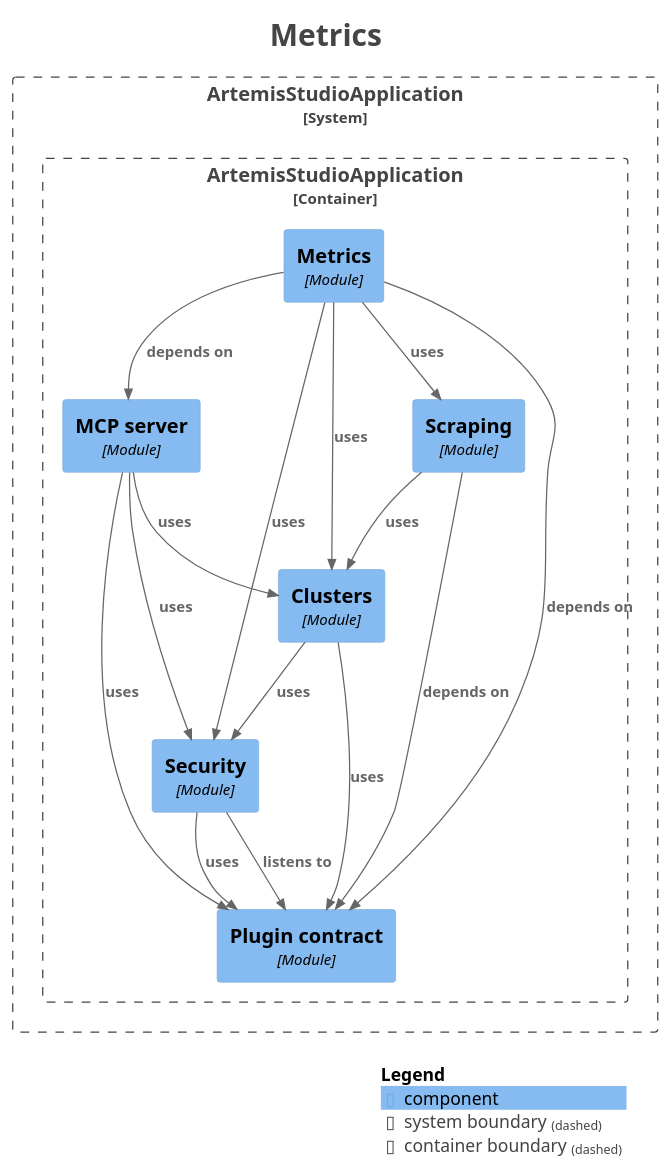
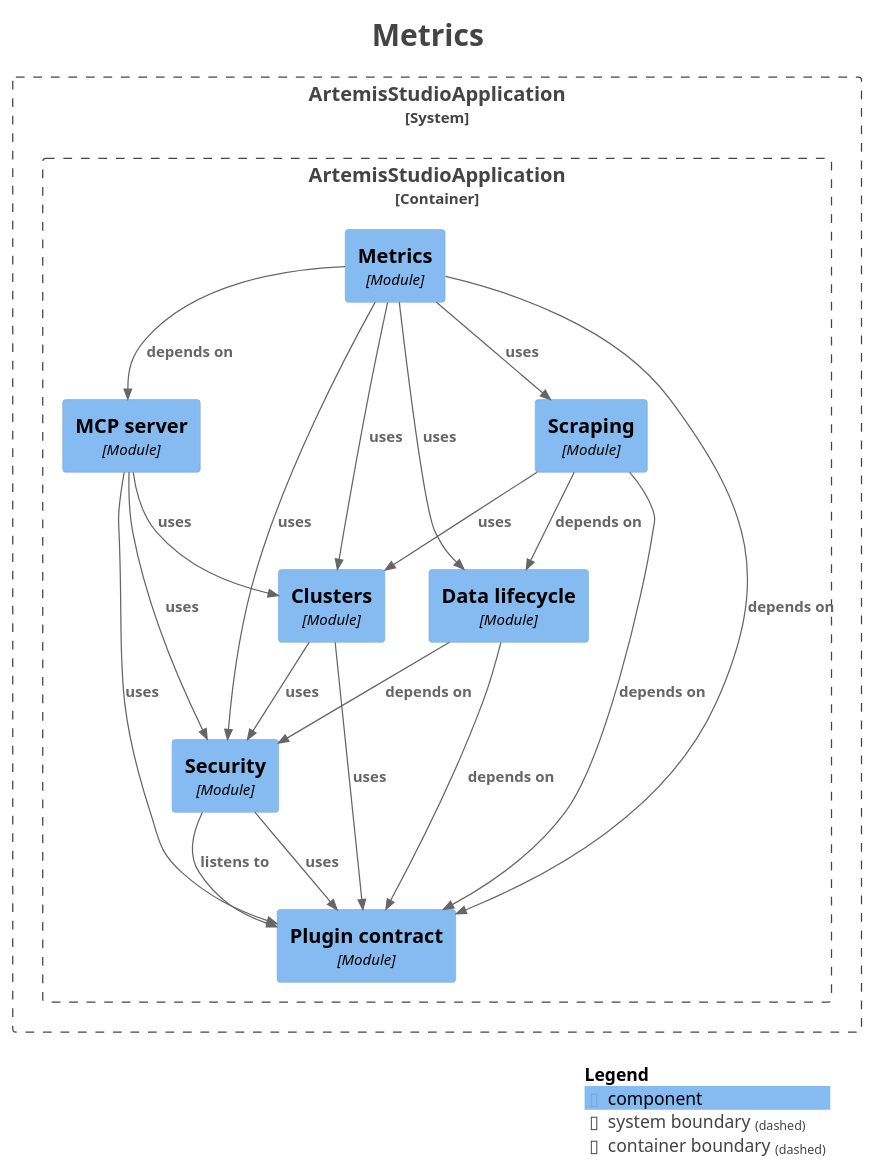
Before and after one commit to sudoitir/artemis-studio: the diagram in docs/modules/module-feature.metrics.puml, drawn with PlantUML. The commit also changed 96 other files, not shown here.

```diff
--- a/docs/modules/module-feature.metrics.puml
+++ b/docs/modules/module-feature.metrics.puml
@@ -1,47 +1,52 @@
 @startuml
 title <size:24>Metrics</size>
 
 set separator none
 top to bottom direction
 
 <style>
   root {
     BackgroundColor: #ffffff
     FontColor: #444444
   }
 </style>
 
 !include <C4/C4>
 !include <C4/C4_Context>
 !include <C4/C4_Component>
 
 System_Boundary("ArtemisStudioApplication_boundary", "ArtemisStudioApplication", $tags="") {
   Container_Boundary("ArtemisStudioApplication.ArtemisStudioApplication_boundary", "ArtemisStudioApplication", $tags="") {
+    Component(ArtemisStudioApplication.ArtemisStudioApplication.Datalifecycle, "Data lifecycle", $techn="Module", $descr="", $tags="", $link="")
     Component(ArtemisStudioApplication.ArtemisStudioApplication.Clusters, "Clusters", $techn="Module", $descr="", $tags="", $link="")
     Component(ArtemisStudioApplication.ArtemisStudioApplication.MCPserver, "MCP server", $techn="Module", $descr="", $tags="", $link="")
     Component(ArtemisStudioApplication.ArtemisStudioApplication.Scraping, "Scraping", $techn="Module", $descr="", $tags="", $link="")
     Component(ArtemisStudioApplication.ArtemisStudioApplication.Metrics, "Metrics", $techn="Module", $descr="", $tags="", $link="")
     Component(ArtemisStudioApplication.ArtemisStudioApplication.Plugincontract, "Plugin contract", $techn="Module", $descr="", $tags="", $link="")
     Component(ArtemisStudioApplication.ArtemisStudioApplication.Security, "Security", $techn="Module", $descr="", $tags="", $link="")
   }
 
 }
 
 Rel(ArtemisStudioApplication.ArtemisStudioApplication.Clusters, ArtemisStudioApplication.ArtemisStudioApplication.Plugincontract, "uses", $techn="", $tags="", $link="")
 Rel(ArtemisStudioApplication.ArtemisStudioApplication.Clusters, ArtemisStudioApplication.ArtemisStudioApplication.Security, "uses", $techn="", $tags="", $link="")
+Rel(ArtemisStudioApplication.ArtemisStudioApplication.Datalifecycle, ArtemisStudioApplication.ArtemisStudioApplication.Plugincontract, "depends on", $techn="", $tags="", $link="")
+Rel(ArtemisStudioApplication.ArtemisStudioApplication.Datalifecycle, ArtemisStudioApplication.ArtemisStudioApplication.Security, "depends on", $techn="", $tags="", $link="")
 Rel(ArtemisStudioApplication.ArtemisStudioApplication.MCPserver, ArtemisStudioApplication.ArtemisStudioApplication.Clusters, "uses", $techn="", $tags="", $link="")
 Rel(ArtemisStudioApplication.ArtemisStudioApplication.MCPserver, ArtemisStudioApplication.ArtemisStudioApplication.Plugincontract, "uses", $techn="", $tags="", $link="")
 Rel(ArtemisStudioApplication.ArtemisStudioApplication.MCPserver, ArtemisStudioApplication.ArtemisStudioApplication.Security, "uses", $techn="", $tags="", $link="")
 Rel(ArtemisStudioApplication.ArtemisStudioApplication.Metrics, ArtemisStudioApplication.ArtemisStudioApplication.Clusters, "uses", $techn="", $tags="", $link="")
+Rel(ArtemisStudioApplication.ArtemisStudioApplication.Metrics, ArtemisStudioApplication.ArtemisStudioApplication.Datalifecycle, "uses", $techn="", $tags="", $link="")
 Rel(ArtemisStudioApplication.ArtemisStudioApplication.Metrics, ArtemisStudioApplication.ArtemisStudioApplication.MCPserver, "depends on", $techn="", $tags="", $link="")
 Rel(ArtemisStudioApplication.ArtemisStudioApplication.Metrics, ArtemisStudioApplication.ArtemisStudioApplication.Plugincontract, "depends on", $techn="", $tags="", $link="")
 Rel(ArtemisStudioApplication.ArtemisStudioApplication.Metrics, ArtemisStudioApplication.ArtemisStudioApplication.Scraping, "uses", $techn="", $tags="", $link="")
 Rel(ArtemisStudioApplication.ArtemisStudioApplication.Metrics, ArtemisStudioApplication.ArtemisStudioApplication.Security, "uses", $techn="", $tags="", $link="")
 Rel(ArtemisStudioApplication.ArtemisStudioApplication.Scraping, ArtemisStudioApplication.ArtemisStudioApplication.Clusters, "uses", $techn="", $tags="", $link="")
+Rel(ArtemisStudioApplication.ArtemisStudioApplication.Scraping, ArtemisStudioApplication.ArtemisStudioApplication.Datalifecycle, "depends on", $techn="", $tags="", $link="")
 Rel(ArtemisStudioApplication.ArtemisStudioApplication.Scraping, ArtemisStudioApplication.ArtemisStudioApplication.Plugincontract, "depends on", $techn="", $tags="", $link="")
 Rel(ArtemisStudioApplication.ArtemisStudioApplication.Security, ArtemisStudioApplication.ArtemisStudioApplication.Plugincontract, "listens to", $techn="", $tags="", $link="")
 Rel(ArtemisStudioApplication.ArtemisStudioApplication.Security, ArtemisStudioApplication.ArtemisStudioApplication.Plugincontract, "uses", $techn="", $tags="", $link="")
 
 SHOW_LEGEND(true)
 hide stereotypes
 @enduml
```
